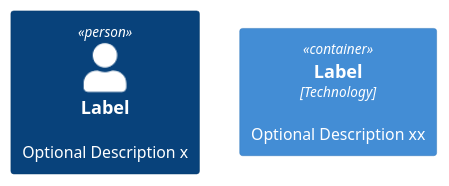
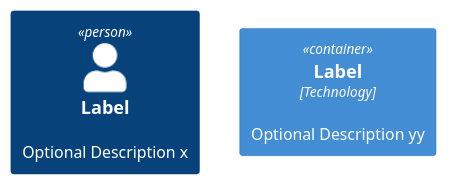
One commit to budgiedownunder/maze changed the diagram in diagrams/maze.puml. Above: the diagram before and after it, drawn with PlantUML. The commit also changed 1 other file, not shown here.

```diff
--- a/diagrams/maze.puml
+++ b/diagrams/maze.puml
@@ -1,5 +1,5 @@
 @startuml
 !include includes/C4_Container.puml
 Person(personAlias, "Label", "Optional Description x")
-Container(containerAlias, "Label", "Technology", "Optional Description xx")
+Container(containerAlias, "Label", "Technology", "Optional Description yy")
 @enduml
```
